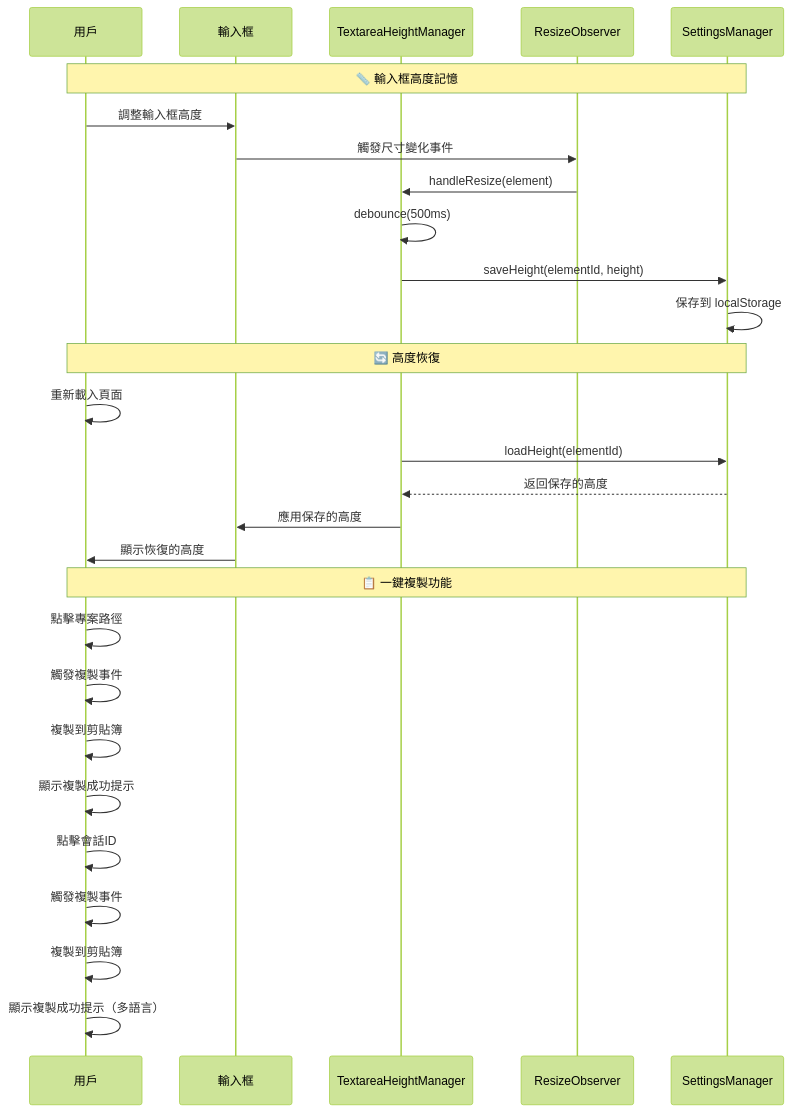
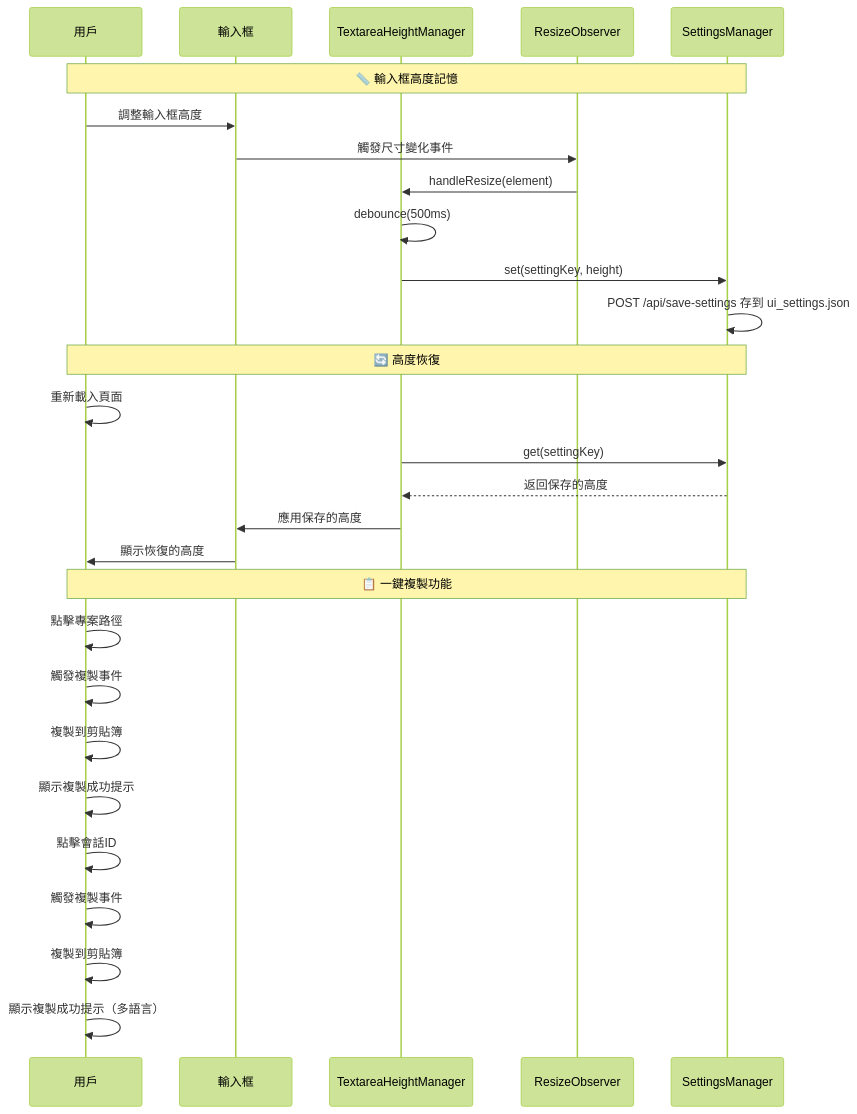
The tenth of 12 diagrams in docs/architecture/interaction-flows.md (CloudEngineHub/mcp-feedback-enhanced), drawn with Mermaid (forest theme) before and after one commit. The commit also changed other lines of this file and 3 other files, not shown here.

Commit message:
📝 架構文件改正會話歷史與設定的存放位置（伺服器端 ~/.config 而非 localStorage），交互流程圖改用 getStats() 與實際的 WebSocket 訊息類型

````diff
--- a/docs/architecture/interaction-flows.md
+++ b/docs/architecture/interaction-flows.md
@@ -661,34 +661,34 @@
 ```mermaid
 sequenceDiagram
     participant User as 用戶
     participant TEXTAREA as 輸入框
     participant THM as TextareaHeightManager
     participant RO as ResizeObserver
     participant SM as SettingsManager
 
     Note over User,SM: 📏 輸入框高度記憶
     User->>TEXTAREA: 調整輸入框高度
     TEXTAREA->>RO: 觸發尺寸變化事件
     RO->>THM: handleResize(element)
     THM->>THM: debounce(500ms)
-    THM->>SM: saveHeight(elementId, height)
-    SM->>SM: 保存到 localStorage
+    THM->>SM: set(settingKey, height)
+    SM->>SM: POST /api/save-settings 存到 ui_settings.json
 
     Note over User,SM: 🔄 高度恢復
     User->>User: 重新載入頁面
-    THM->>SM: loadHeight(elementId)
+    THM->>SM: get(settingKey)
     SM-->>THM: 返回保存的高度
     THM->>TEXTAREA: 應用保存的高度
     TEXTAREA->>User: 顯示恢復的高度
 
     Note over User,SM: 📋 一鍵複製功能
     User->>User: 點擊專案路徑
     User->>User: 觸發複製事件
     User->>User: 複製到剪貼簿
     User->>User: 顯示複製成功提示
 
     User->>User: 點擊會話ID
     User->>User: 觸發複製事件
     User->>User: 複製到剪貼簿
     User->>User: 顯示複製成功提示（多語言）
 ```
````
